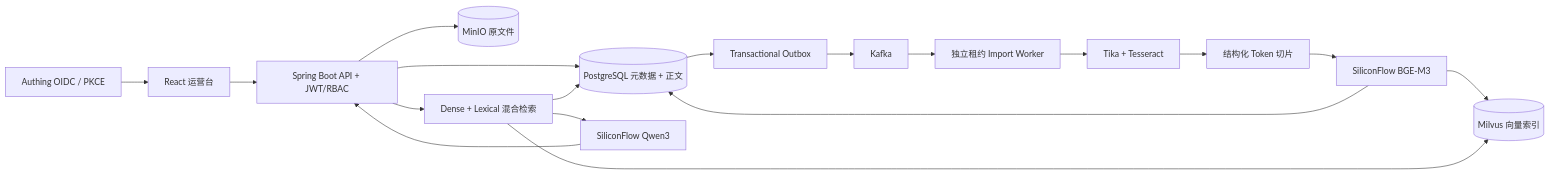
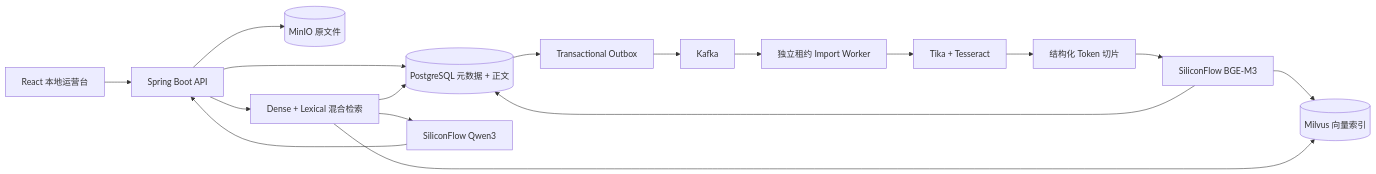
One commit to bingo-wz/MyRAG changed the diagram in README.md. Above: the diagram before and after it, drawn with Mermaid. The commit also changed other lines of this file and 52 other files, not shown here.

````diff
--- a/README.md
+++ b/README.md
@@ -29,20 +29,19 @@
 ```mermaid
 flowchart LR
-    OIDC["Authing OIDC / PKCE"] --> UI["React 运营台"]
-    UI --> API["Spring Boot API + JWT/RBAC"]
+    UI["React 本地运营台"] --> API["Spring Boot API"]
     API --> MINIO[("MinIO 原文件")]
     API --> PG[("PostgreSQL 元数据 + 正文")]
     PG --> OUTBOX["Transactional Outbox"]
     OUTBOX --> KAFKA["Kafka"]
     KAFKA --> WORKER["独立租约 Import Worker"]
     WORKER --> TIKA["Tika + Tesseract"]
     TIKA --> CHUNK["结构化 Token 切片"]
     CHUNK --> EMB["SiliconFlow BGE-M3"]
     EMB --> MILVUS[("Milvus 向量索引")]
     EMB --> PG
     API --> HYBRID["Dense + Lexical 混合检索"]
     HYBRID --> MILVUS
     HYBRID --> PG
     HYBRID --> LLM["SiliconFlow Qwen3"]
     LLM --> API
 ```
````
